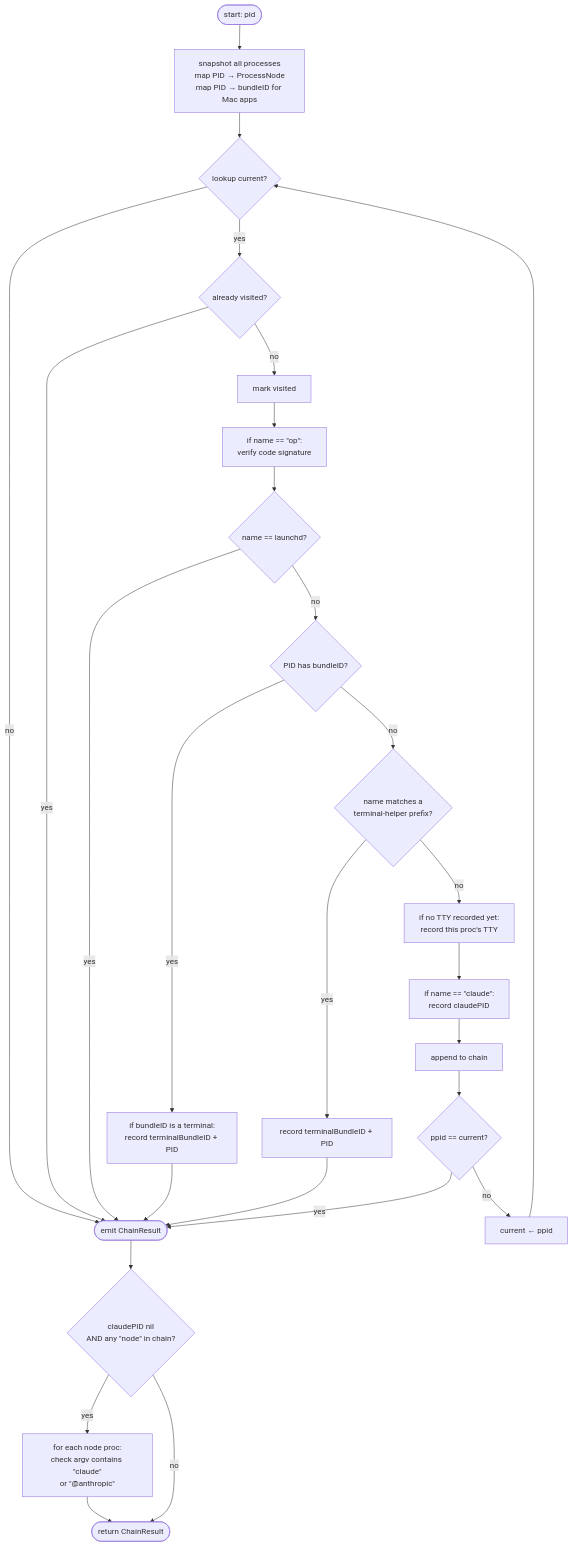
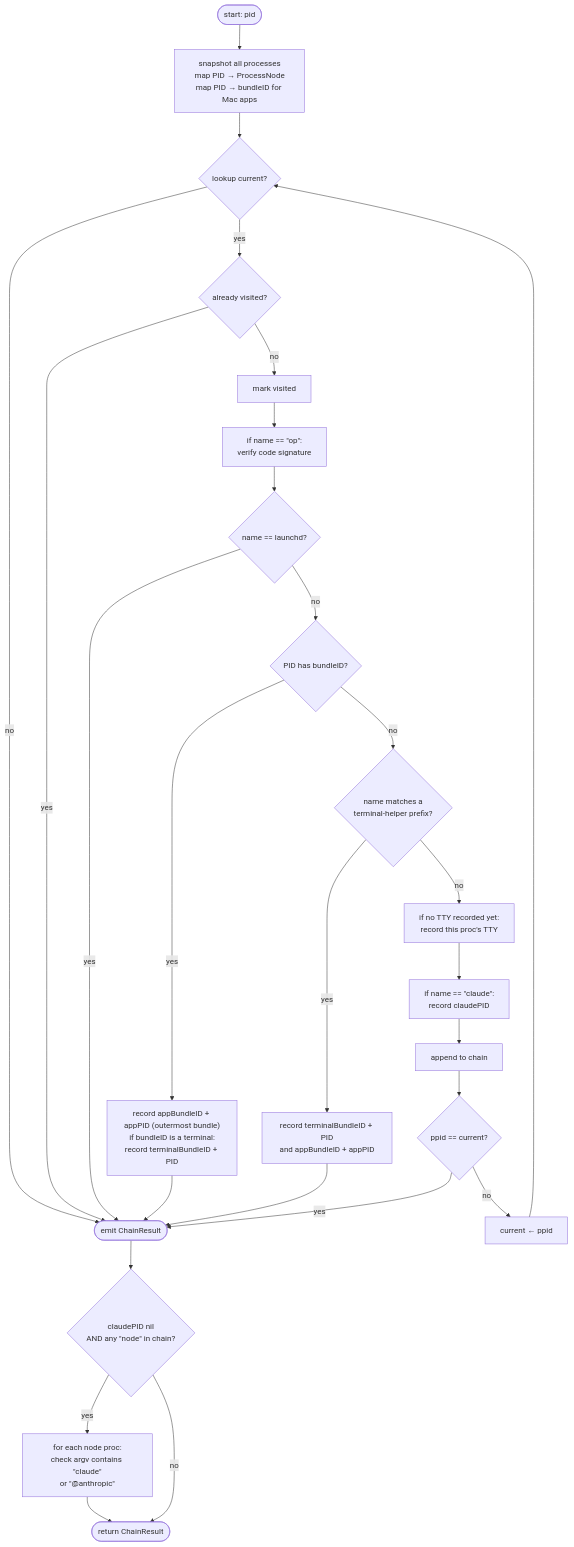
Before and after one commit to stigsb/op-who: the fourth of 4 diagrams in docs/architecture.md, drawn with Mermaid. The commit also changed other lines of this file and 33 other files, not shown here.

````diff
--- a/docs/architecture.md
+++ b/docs/architecture.md
@@ -386,30 +419,30 @@
 ```mermaid
 flowchart TB
     start([start: pid]) --> setup[snapshot all processes<br/>map PID → ProcessNode<br/>map PID → bundleID for Mac apps]
     setup --> loop{lookup current?}
     loop -- no --> done
     loop -- yes --> visited{already visited?}
     visited -- yes --> done
     visited -- no --> mark[mark visited]
     mark --> verify[if name == &quot;op&quot;:<br/>verify code signature]
     verify --> launchd{name == launchd?}
     launchd -- yes --> done([emit ChainResult])
     launchd -- no --> isApp{PID has bundleID?}
-    isApp -- yes --> recordTerm[if bundleID is a terminal:<br/>record terminalBundleID + PID]
+    isApp -- yes --> recordTerm["record appBundleID + appPID (outermost bundle)<br/>if bundleID is a terminal:<br/>record terminalBundleID + PID"]
     recordTerm --> done
     isApp -- no --> isHelper{name matches a<br/>terminal-helper prefix?}
-    isHelper -- yes --> recordHelper[record terminalBundleID + PID]
+    isHelper -- yes --> recordHelper["record terminalBundleID + PID<br/>and appBundleID + appPID"]
     recordHelper --> done
     isHelper -- no --> tty[if no TTY recorded yet:<br/>record this proc&apos;s TTY]
     tty --> claude[if name == &quot;claude&quot;:<br/>record claudePID]
     claude --> append[append to chain]
     append --> selfparent{ppid == current?}
     selfparent -- yes --> done
     selfparent -- no --> next[current ← ppid]
     next --> loop
 
     done --> postclaude{claudePID nil<br/>AND any &quot;node&quot; in chain?}
     postclaude -- yes --> nodescan[for each node proc:<br/>check argv contains &quot;claude&quot;<br/>or &quot;@anthropic&quot;]
     nodescan --> result([return ChainResult])
     postclaude -- no --> result
 ```
````
